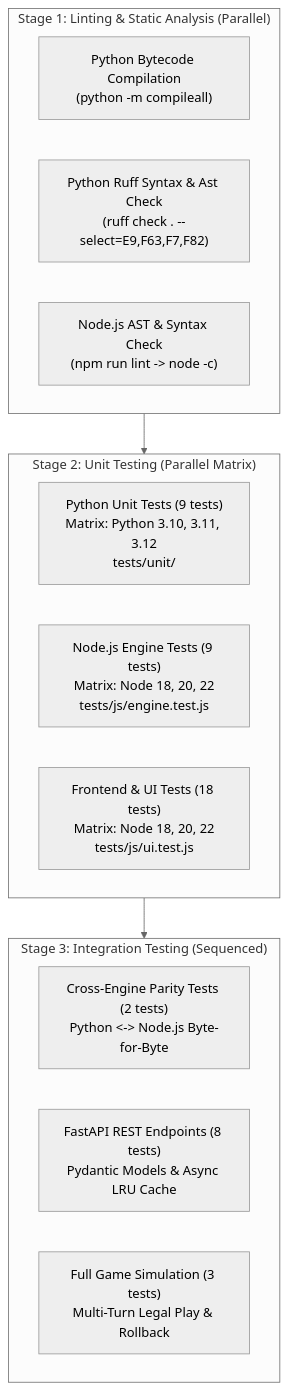
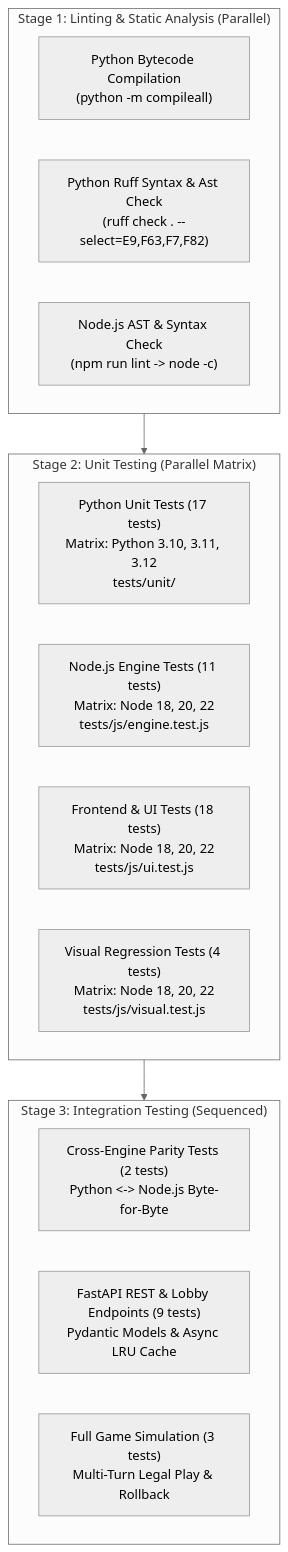
One commit to kshtomar/TigersDay changed the diagram in TESTS.md. Above: the diagram before and after it, drawn with Mermaid (neutral theme). The commit also changed other lines of this file and 24 other files, not shown here.

````diff
--- a/TESTS.md
+++ b/TESTS.md
@@ -11,23 +11,24 @@
 ```mermaid
 flowchart TD
     subgraph Stage1["Stage 1: Linting & Static Analysis (Parallel)"]
         L1["Python Bytecode Compilation<br/>(python -m compileall)"]
         L2["Python Ruff Syntax & Ast Check<br/>(ruff check . --select=E9,F63,F7,F82)"]
         L3["Node.js AST & Syntax Check<br/>(npm run lint -> node -c)"]
     end
 
     subgraph Stage2["Stage 2: Unit Testing (Parallel Matrix)"]
-        U1["Python Unit Tests (9 tests)<br/>Matrix: Python 3.10, 3.11, 3.12<br/>tests/unit/"]
-        U2["Node.js Engine Tests (9 tests)<br/>Matrix: Node 18, 20, 22<br/>tests/js/engine.test.js"]
+        U1["Python Unit Tests (17 tests)<br/>Matrix: Python 3.10, 3.11, 3.12<br/>tests/unit/"]
+        U2["Node.js Engine Tests (11 tests)<br/>Matrix: Node 18, 20, 22<br/>tests/js/engine.test.js"]
         U3["Frontend & UI Tests (18 tests)<br/>Matrix: Node 18, 20, 22<br/>tests/js/ui.test.js"]
+        U4["Visual Regression Tests (4 tests)<br/>Matrix: Node 18, 20, 22<br/>tests/js/visual.test.js"]
     end
 
     subgraph Stage3["Stage 3: Integration Testing (Sequenced)"]
         I1["Cross-Engine Parity Tests (2 tests)<br/>Python <-> Node.js Byte-for-Byte"]
-        I2["FastAPI REST Endpoints (8 tests)<br/>Pydantic Models & Async LRU Cache"]
+        I2["FastAPI REST & Lobby Endpoints (9 tests)<br/>Pydantic Models & Async LRU Cache"]
         I3["Full Game Simulation (3 tests)<br/>Multi-Turn Legal Play & Rollback"]
     end
 
     Stage1 --> Stage2
     Stage2 --> Stage3
 ```
````
